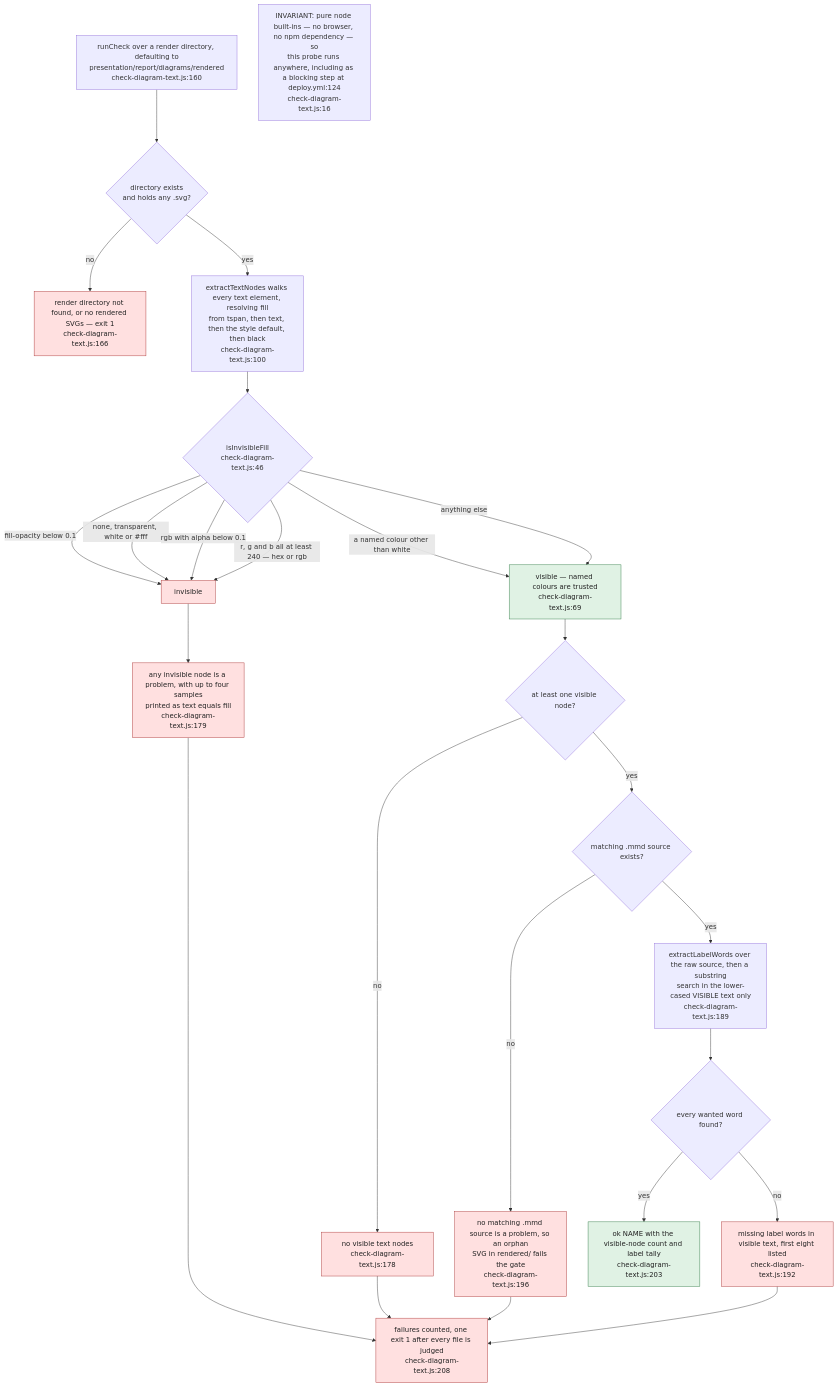
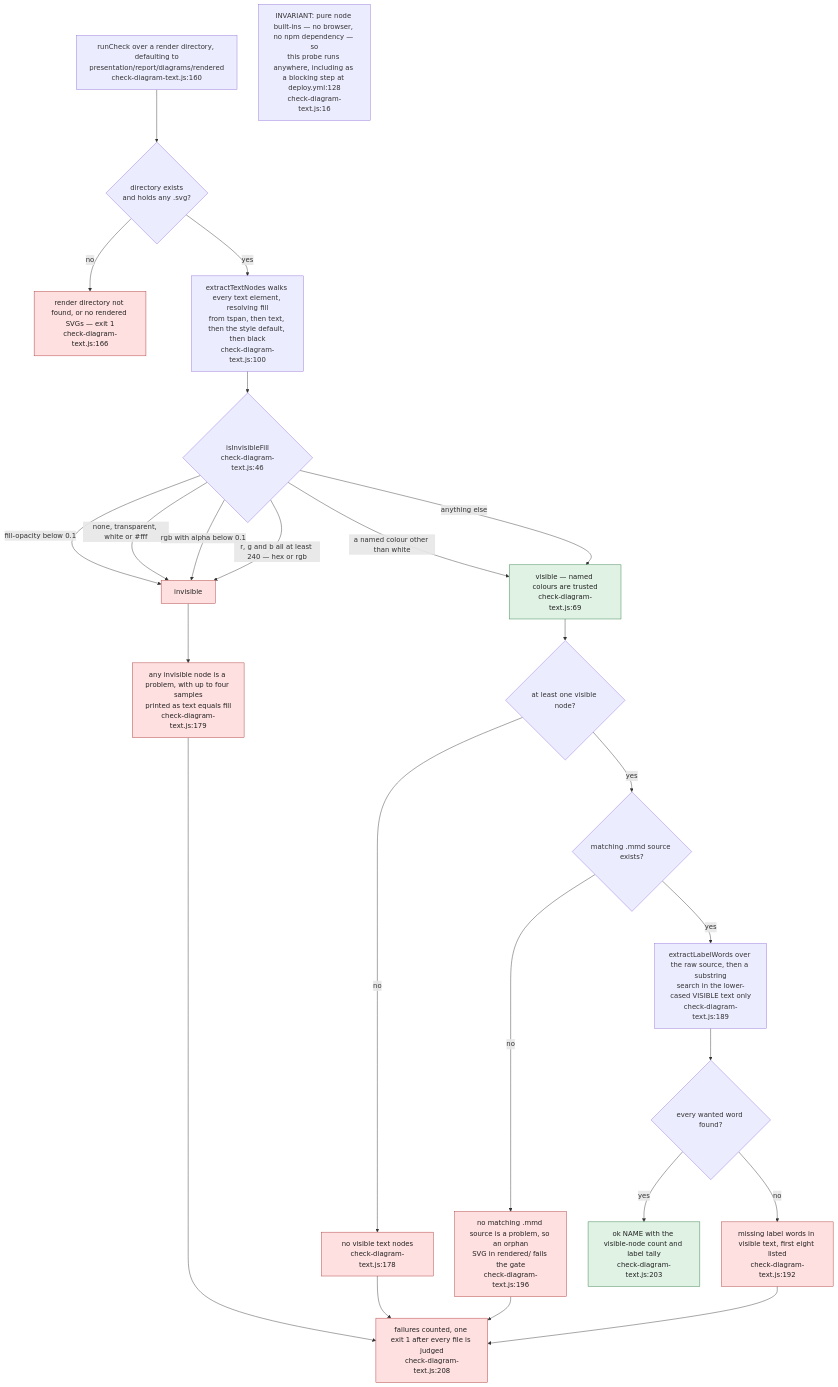
Before and after one commit to DreamLab-AI/VisionFlow: the sixth of 14 diagrams in docs/diagrams/visionflow/06-diagram-tooling.md, drawn with Mermaid. The commit also changed other lines of this file and 20 other files, not shown here.

Commit message:
docs(diagrams): reflect the S-3, S-7c/d/f and S-4(3) fixes in the corpus

````diff
--- a/docs/diagrams/visionflow/06-diagram-tooling.md
+++ b/docs/diagrams/visionflow/06-diagram-tooling.md
@@ -218,35 +218,35 @@
 ```mermaid
 flowchart TB
     classDef bad fill:#ffe0e0,stroke:#aa3333,color:#222
     classDef ok fill:#e0f2e4,stroke:#2f7a45,color:#222
 
     IN["runCheck over a render directory, defaulting to<br/>presentation/report/diagrams/rendered<br/>check-diagram-text.js:160"] --> E0{"directory exists<br/>and holds any .svg?"}
     E0 -->|no| F0["render directory not found, or no rendered SVGs — exit 1<br/>check-diagram-text.js:166"]:::bad
     E0 -->|yes| WALK["extractTextNodes walks every text element, resolving fill<br/>from tspan, then text, then the style default, then black<br/>check-diagram-text.js:100"]
 
     WALK --> J{"isInvisibleFill<br/>check-diagram-text.js:46"}
     J -->|"fill-opacity below 0.1"| INV["invisible"]:::bad
     J -->|"none, transparent, white or #fff"| INV
     J -->|"rgb with alpha below 0.1"| INV
     J -->|"r, g and b all at least 240 — hex or rgb"| INV
     J -->|"a named colour other than white"| VIS["visible — named colours are trusted<br/>check-diagram-text.js:69"]:::ok
     J -->|"anything else"| VIS
 
     VIS --> P1{"at least one visible node?"}
     INV --> P2["any invisible node is a problem, with up to four samples<br/>printed as text equals fill<br/>check-diagram-text.js:179"]:::bad
     P1 -->|no| P3["no visible text nodes<br/>check-diagram-text.js:178"]:::bad
 
     P1 -->|yes| L1{"matching .mmd source exists?"}
     L1 -->|no| L2["no matching .mmd source is a problem, so an orphan<br/>SVG in rendered/ fails the gate<br/>check-diagram-text.js:196"]:::bad
     L1 -->|yes| L3["extractLabelWords over the raw source, then a substring<br/>search in the lower-cased VISIBLE text only<br/>check-diagram-text.js:189"]
     L3 --> L4{"every wanted word found?"}
     L4 -->|no| L5["missing label words in visible text, first eight listed<br/>check-diagram-text.js:192"]:::bad
     L4 -->|yes| PASS["ok NAME with the visible-node count and label tally<br/>check-diagram-text.js:203"]:::ok
 
     P2 --> AGG
     P3 --> AGG
     L2 --> AGG
     L5 --> AGG["failures counted, one exit 1 after every file is judged<br/>check-diagram-text.js:208"]:::bad
 
-    NOTE["INVARIANT: pure node built-ins — no browser, no npm dependency — so<br/>this probe runs anywhere, including as a blocking step at deploy.yml:124<br/>check-diagram-text.js:16"]
+    NOTE["INVARIANT: pure node built-ins — no browser, no npm dependency — so<br/>this probe runs anywhere, including as a blocking step at deploy.yml:128<br/>check-diagram-text.js:16"]
 ```
````
